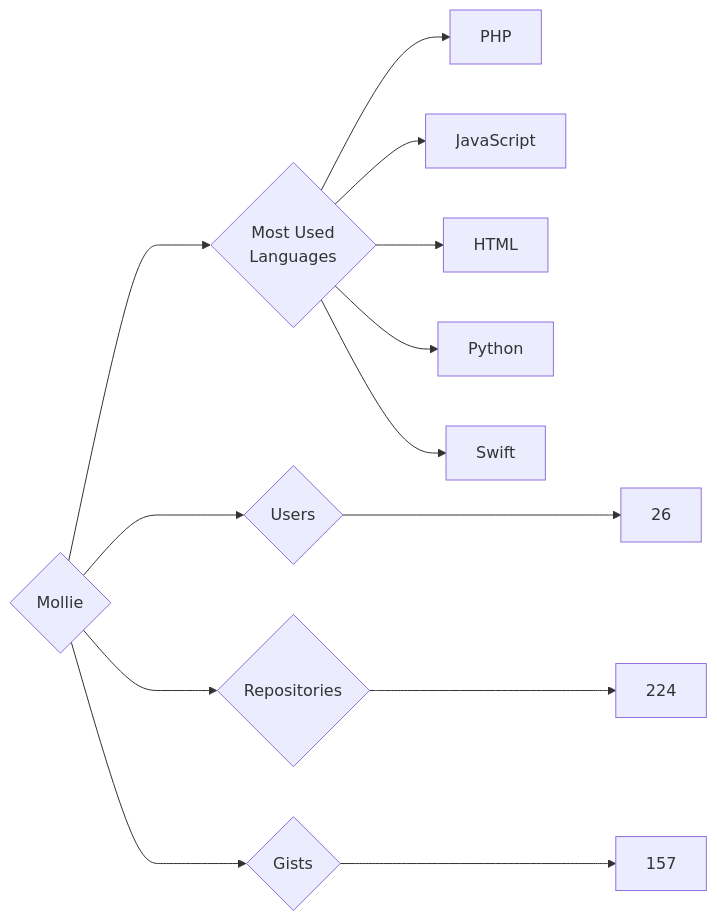
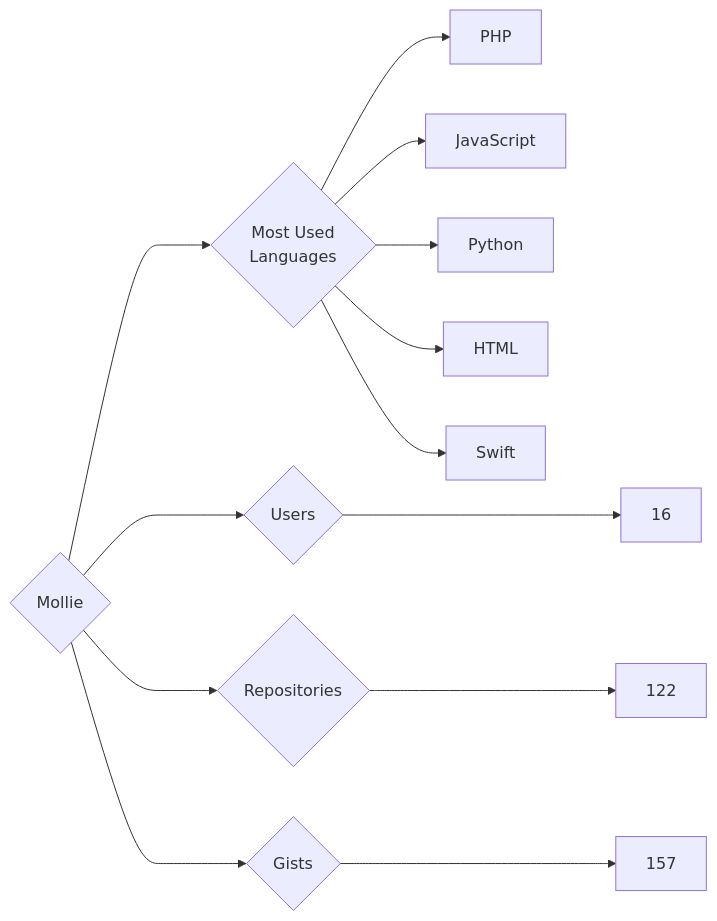
Before and after one commit to trickest/insiders: the diagram in targets/Mollie/README.md, drawn with Mermaid. The commit also changed 898 other files, not shown here.

````diff
--- a/targets/Mollie/README.md
+++ b/targets/Mollie/README.md
@@ -3,13 +3,13 @@
 ```mermaid
 graph LR
 COMPANY_NAME{Mollie}
-COMPANY_NAME ---> U{Users} ---> UN[26]
-COMPANY_NAME ---> R{Repositories} ---> RN[224]
+COMPANY_NAME ---> U{Users} ---> UN[16]
+COMPANY_NAME ---> R{Repositories} ---> RN[122]
 COMPANY_NAME ---> G{Gists} ---> GN[157]
 COMPANY_NAME ---> ML{Most Used<br>Languages}
 ML --> PHP[PHP]
 ML --> JavaScript[JavaScript]
+ML --> Python[Python]
 ML --> HTML[HTML]
-ML --> Python[Python]
 ML --> Swift[Swift]
 ```
````
